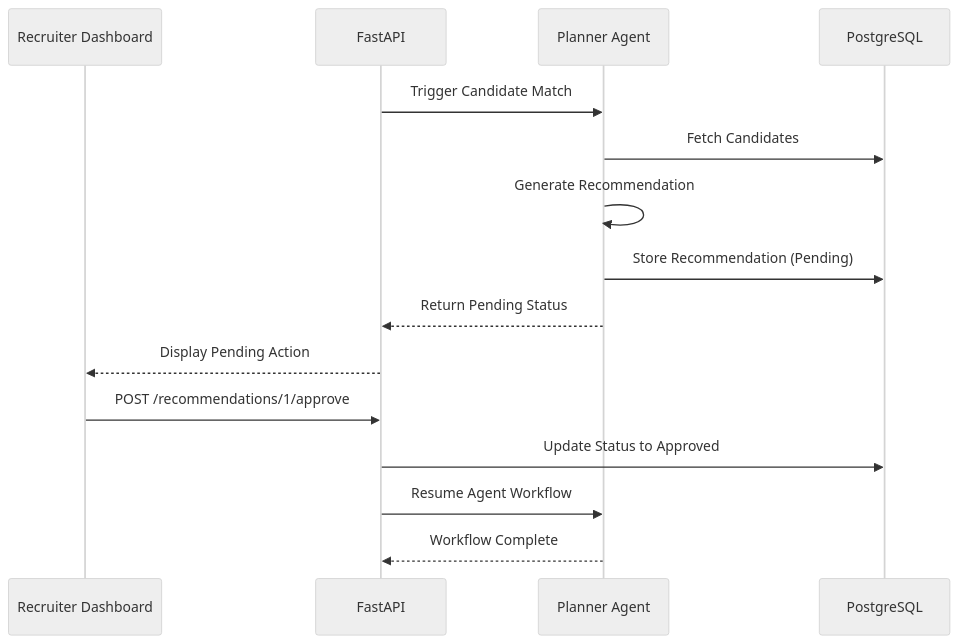
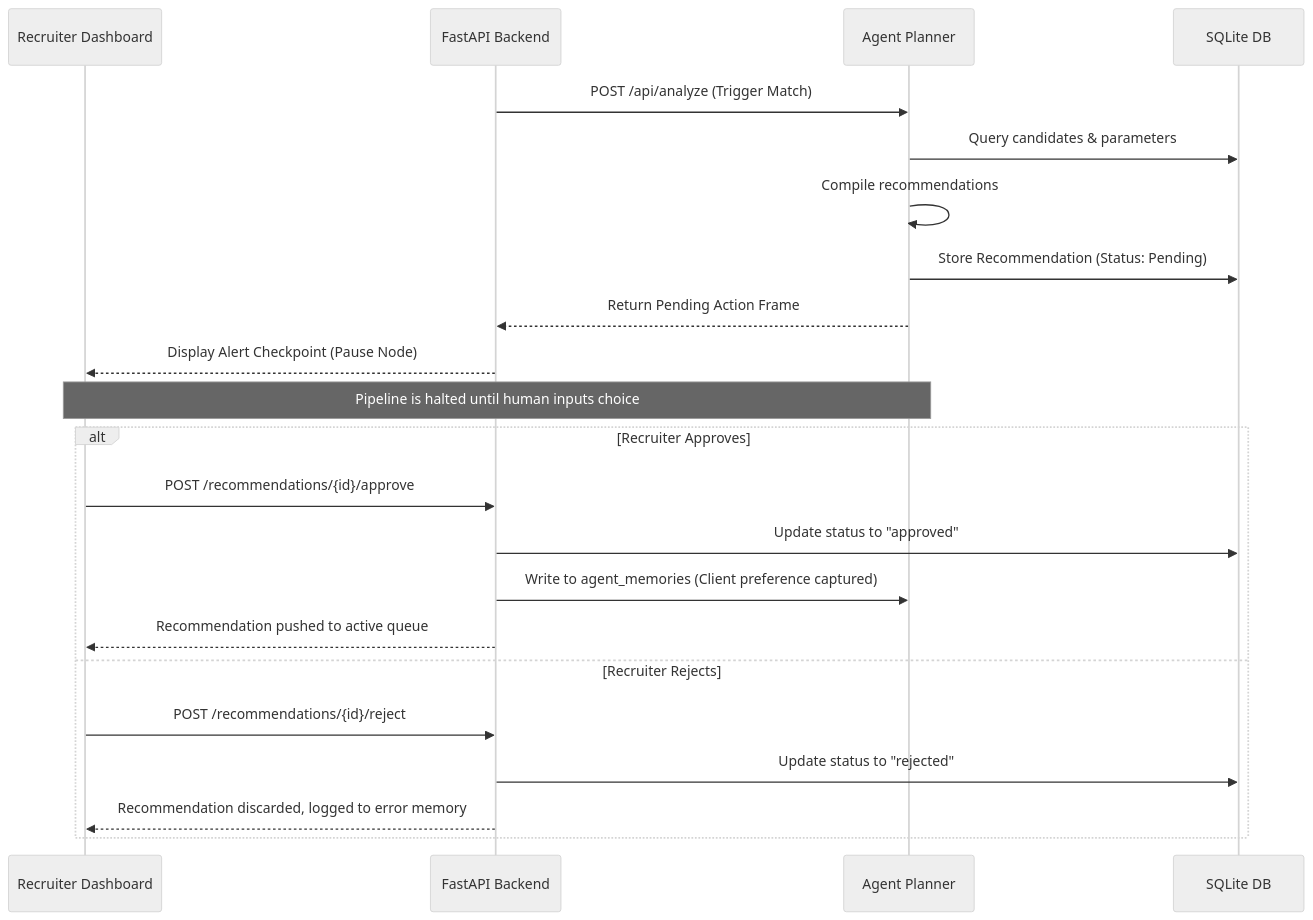
Before and after one commit to Sampath3763/TalentFlow-AI: the second of 3 diagrams in docs/architecture.md, drawn with Mermaid (neutral theme). The commit also changed other lines of this file and 5 other files, not shown here.

````diff
--- a/docs/architecture.md
+++ b/docs/architecture.md
@@ -25,19 +68,27 @@
 ```mermaid
 sequenceDiagram
     participant UI as Recruiter Dashboard
-    participant API as FastAPI
-    participant LangGraph as Planner Agent
-    participant DB as PostgreSQL
+    participant API as FastAPI Backend
+    participant LangGraph as Agent Planner
+    participant DB as SQLite DB
     
-    API->>LangGraph: Trigger Candidate Match
-    LangGraph->>DB: Fetch Candidates
-    LangGraph->>LangGraph: Generate Recommendation
-    LangGraph->>DB: Store Recommendation (Pending)
-    LangGraph-->>API: Return Pending Status
-    API-->>UI: Display Pending Action
+    API->>LangGraph: POST /api/analyze (Trigger Match)
+    LangGraph->>DB: Query candidates & parameters
+    LangGraph->>LangGraph: Compile recommendations
+    LangGraph->>DB: Store Recommendation (Status: Pending)
+    LangGraph-->>API: Return Pending Action Frame
+    API-->>UI: Display Alert Checkpoint (Pause Node)
     
-    UI->>API: POST /recommendations/1/approve
-    API->>DB: Update Status to Approved
-    API->>LangGraph: Resume Agent Workflow
-    LangGraph-->>API: Workflow Complete
+    Note over UI, LangGraph: Pipeline is halted until human inputs choice
+    
+    alt Recruiter Approves
+        UI->>API: POST /recommendations/{id}/approve
+        API->>DB: Update status to "approved"
+        API->>LangGraph: Write to agent_memories (Client preference captured)
+        API-->>UI: Recommendation pushed to active queue
+    else Recruiter Rejects
+        UI->>API: POST /recommendations/{id}/reject
+        API->>DB: Update status to "rejected"
+        API-->>UI: Recommendation discarded, logged to error memory
+    end
 ```
````
